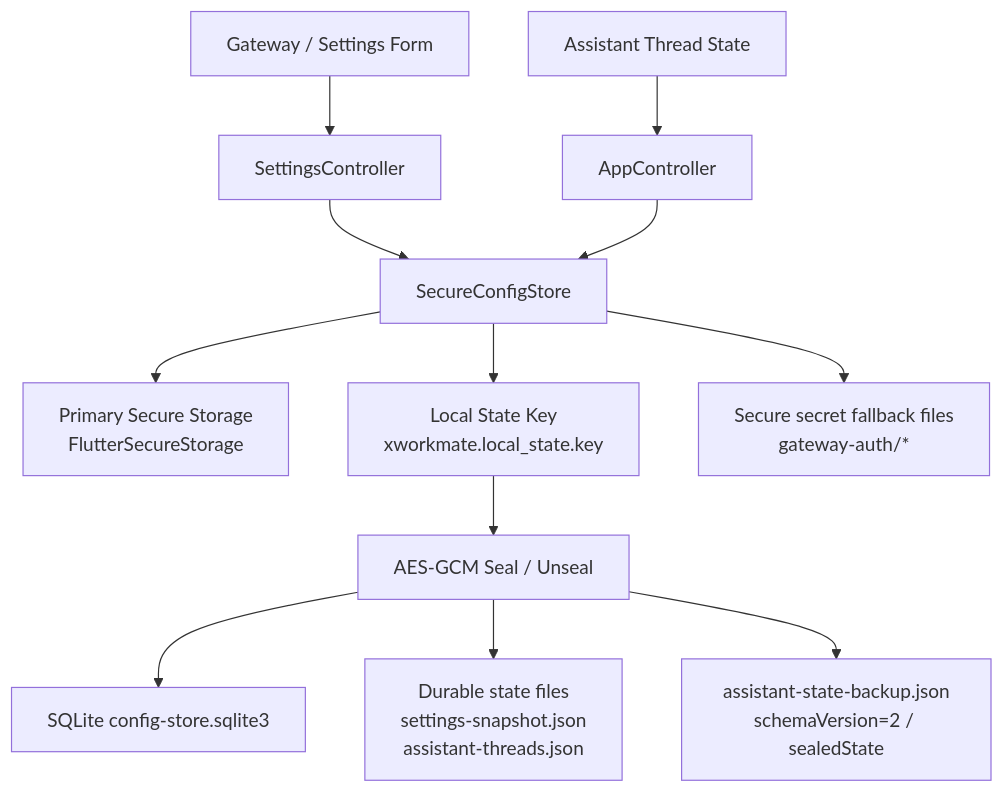
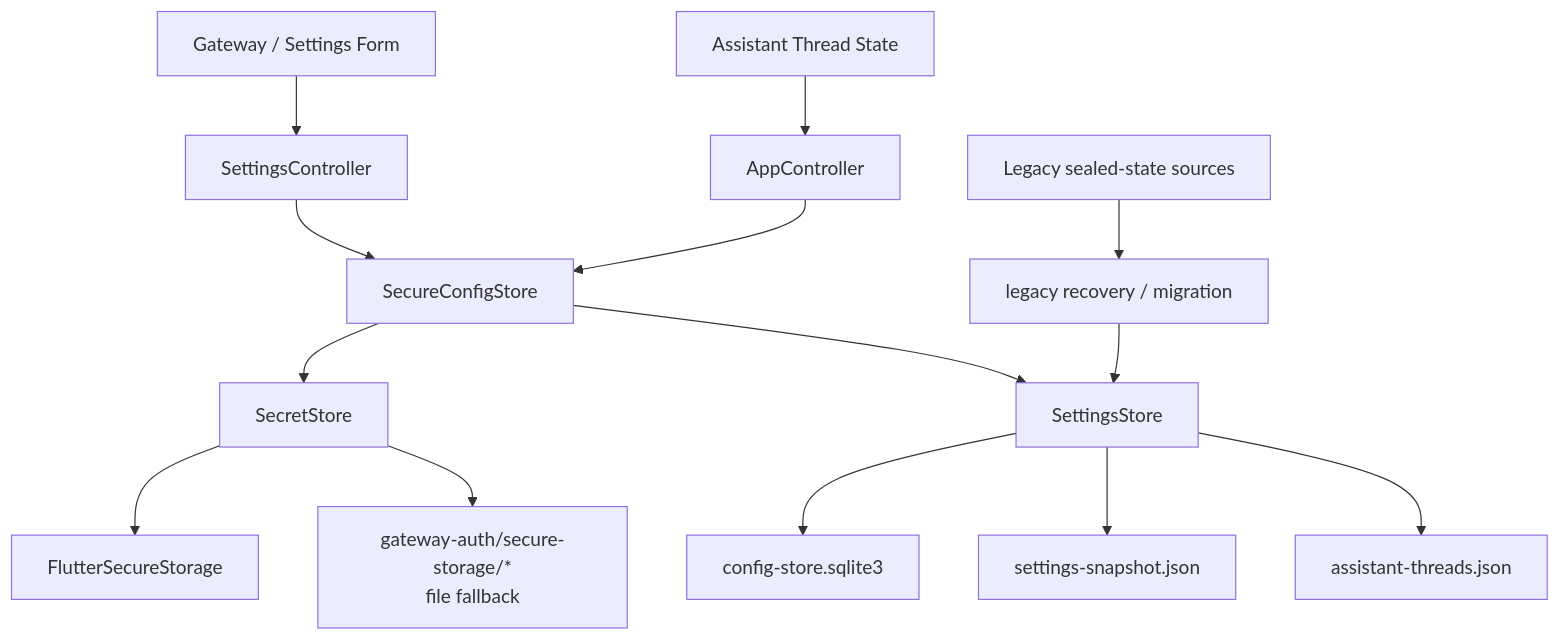
The diagram in docs/architecture/secure-local-persistence-architecture.md (ai-workspace-lab/xworkmate-app), drawn with Mermaid before and after one commit. The commit also changed other lines of this file and 4 other files, not shown here.

Commit message:
docs: clarify architecture baselines

````diff
--- a/docs/architecture/secure-local-persistence-architecture.md
+++ b/docs/architecture/secure-local-persistence-architecture.md
@@ -81,17 +95,20 @@
 ```mermaid
 flowchart TD
   A["Gateway / Settings Form"] --> B["SettingsController"]
   C["Assistant Thread State"] --> D["AppController"]
   B --> E["SecureConfigStore"]
   D --> E
 
-  E --> F["Primary Secure Storage<br/>FlutterSecureStorage"]
-  E --> G["Local State Key<br/>xworkmate.local_state.key"]
-  G --> H["AES-GCM Seal / Unseal"]
+  E --> F["SecretStore"]
+  E --> G["SettingsStore"]
 
-  H --> I["SQLite config-store.sqlite3"]
-  H --> J["Durable state files<br/>settings-snapshot.json<br/>assistant-threads.json"]
-  H --> K["assistant-state-backup.json<br/>schemaVersion=2 / sealedState"]
+  F --> H["FlutterSecureStorage"]
+  F --> I["gateway-auth/secure-storage/*<br/>file fallback"]
 
-  E --> L["Secure secret fallback files<br/>gateway-auth/*"]
+  G --> J["config-store.sqlite3"]
+  G --> K["settings-snapshot.json"]
+  G --> L["assistant-threads.json"]
+
+  M["Legacy sealed-state sources"] --> N["legacy recovery / migration"]
+  N --> G
 ```
````
